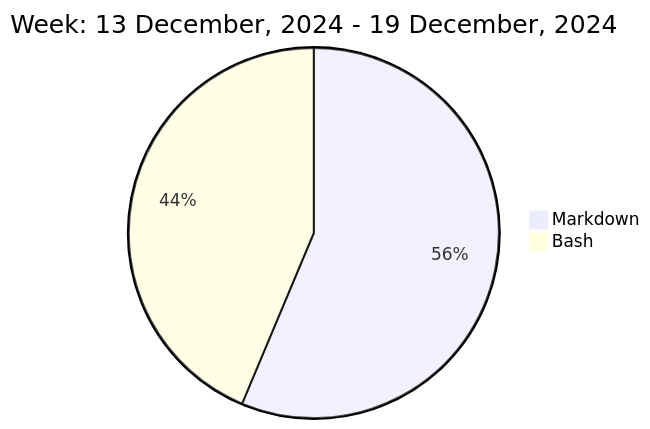
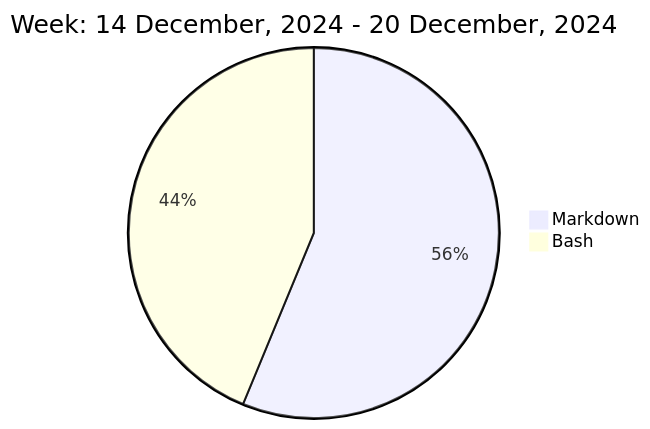
The diagram in README.md (liubin95/liubin95), drawn with Mermaid before and after one commit.

Commit message:
Updated the Graph with new Metrics

````diff
--- a/README.md
+++ b/README.md
@@ -37,6 +37,6 @@
 ```mermaid
  pie
-title Week: 13 December, 2024 - 19 December, 2024
- "Markdown" : 3.07
- "Bash" : 2.38
+title Week: 14 December, 2024 - 20 December, 2024
+ "Markdown" : 3.02
+ "Bash" : 2.35
 ```
````
